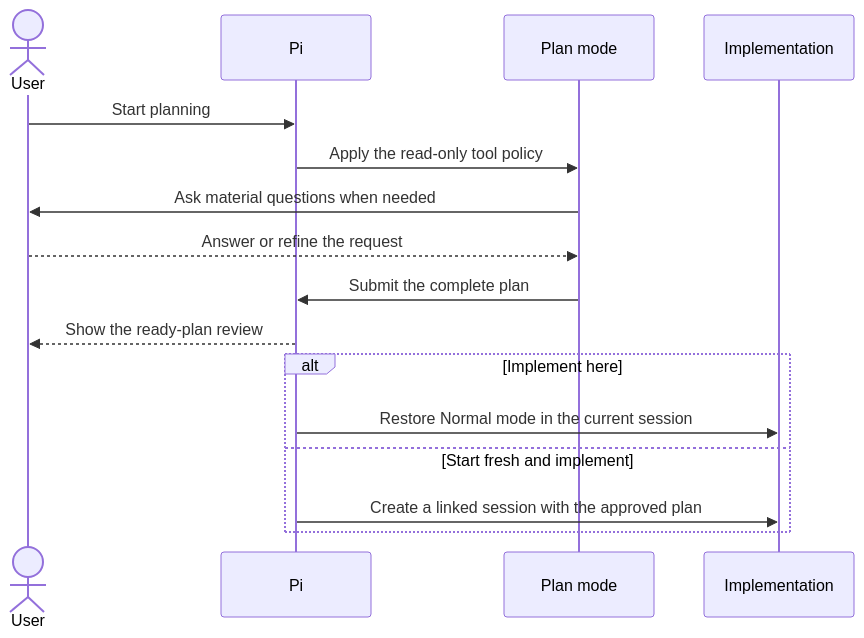
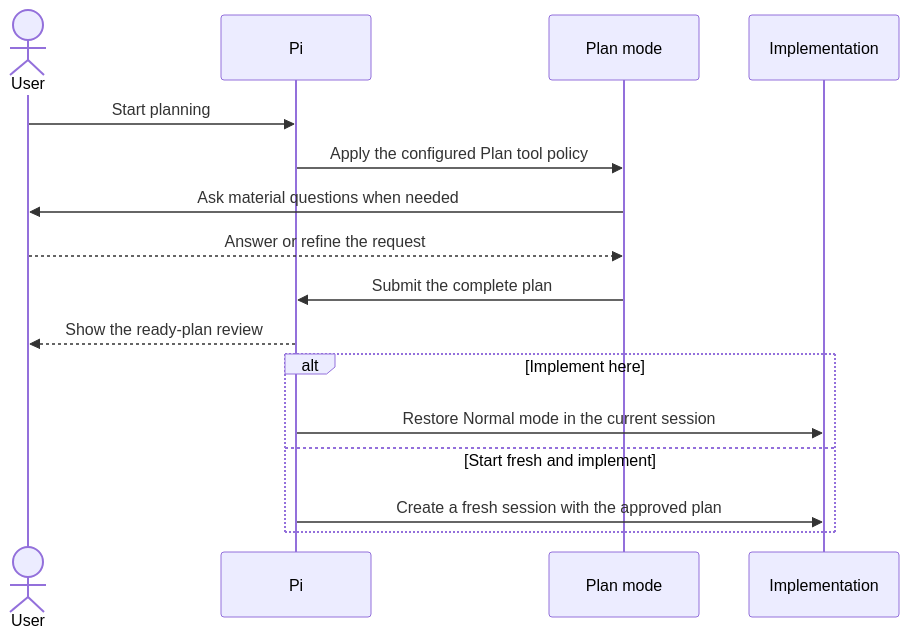
The second of 2 diagrams in README.md (hao3039032/pi-plan-mode), drawn with Mermaid before and after one commit. The commit also changed other lines of this file, not shown here.

Commit message:
docs(plan-mode): correct workflow diagram claims

````diff
--- a/README.md
+++ b/README.md
@@ -68,19 +68,19 @@
 ```mermaid
 sequenceDiagram
     actor User
     participant Pi
     participant Plan as Plan mode
     participant Work as Implementation
 
     User->>Pi: Start planning
-    Pi->>Plan: Apply the read-only tool policy
+    Pi->>Plan: Apply the configured Plan tool policy
     Plan->>User: Ask material questions when needed
     User-->>Plan: Answer or refine the request
     Plan->>Pi: Submit the complete plan
     Pi-->>User: Show the ready-plan review
     alt Implement here
         Pi->>Work: Restore Normal mode in the current session
     else Start fresh and implement
-        Pi->>Work: Create a linked session with the approved plan
+        Pi->>Work: Create a fresh session with the approved plan
     end
 ```
````
